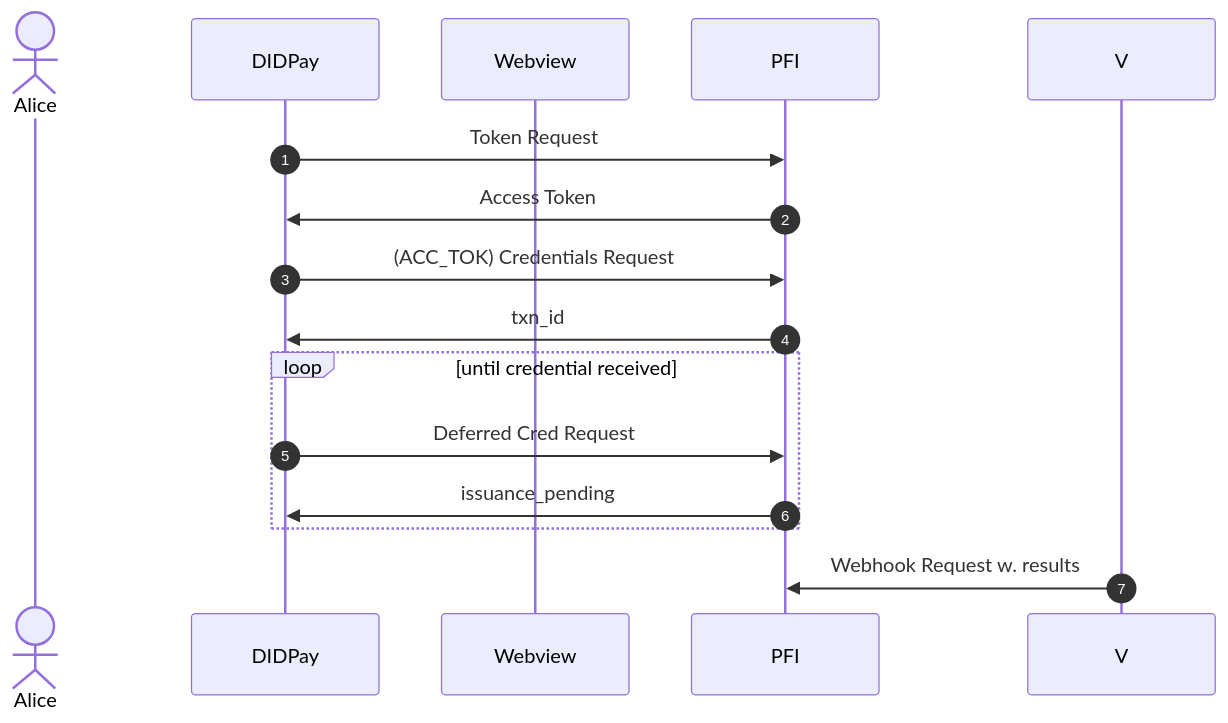
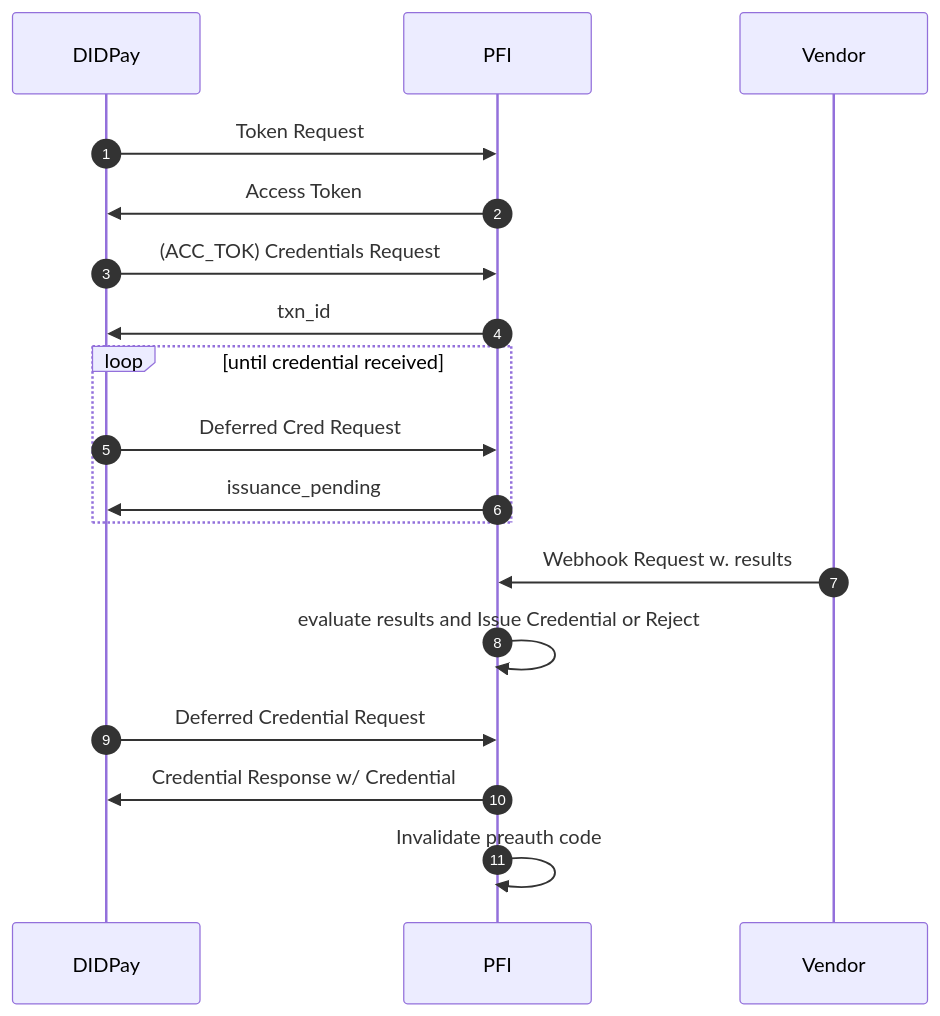
The fourth of 4 diagrams in README.md (TBD54566975/known-customer-credential), drawn with Mermaid before and after one commit. The commit also changed other lines of this file, not shown here.

````diff
--- a/README.md
+++ b/README.md
@@ -263,20 +296,23 @@
 ```mermaid
 sequenceDiagram
 autonumber
 
-actor A as Alice 
 participant D as DIDPay
-participant W as Webview
 participant P as PFI
+participant V as Vendor
 
 D->>P: Token Request
 P->>D: Access Token
 D->>P: (ACC_TOK) Credentials Request
 P->>D: txn_id
 
 loop until credential received
     D->>P: Deferred Cred Request
     P->>D: issuance_pending
 end
 V->>P: Webhook Request w. results
+P->>P: evaluate results and Issue Credential or Reject
+D->>P: Deferred Credential Request
+P->>D: Credential Response w/ Credential
+P->>P: Invalidate preauth code
 ```
````
